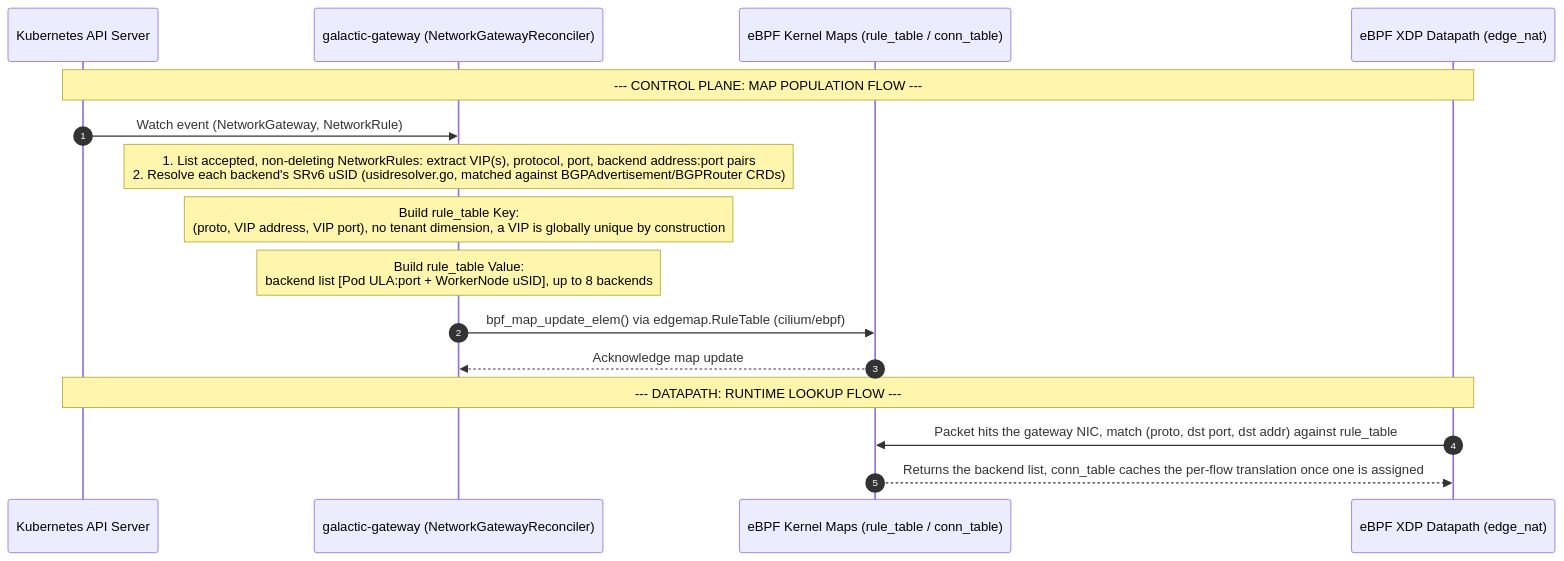
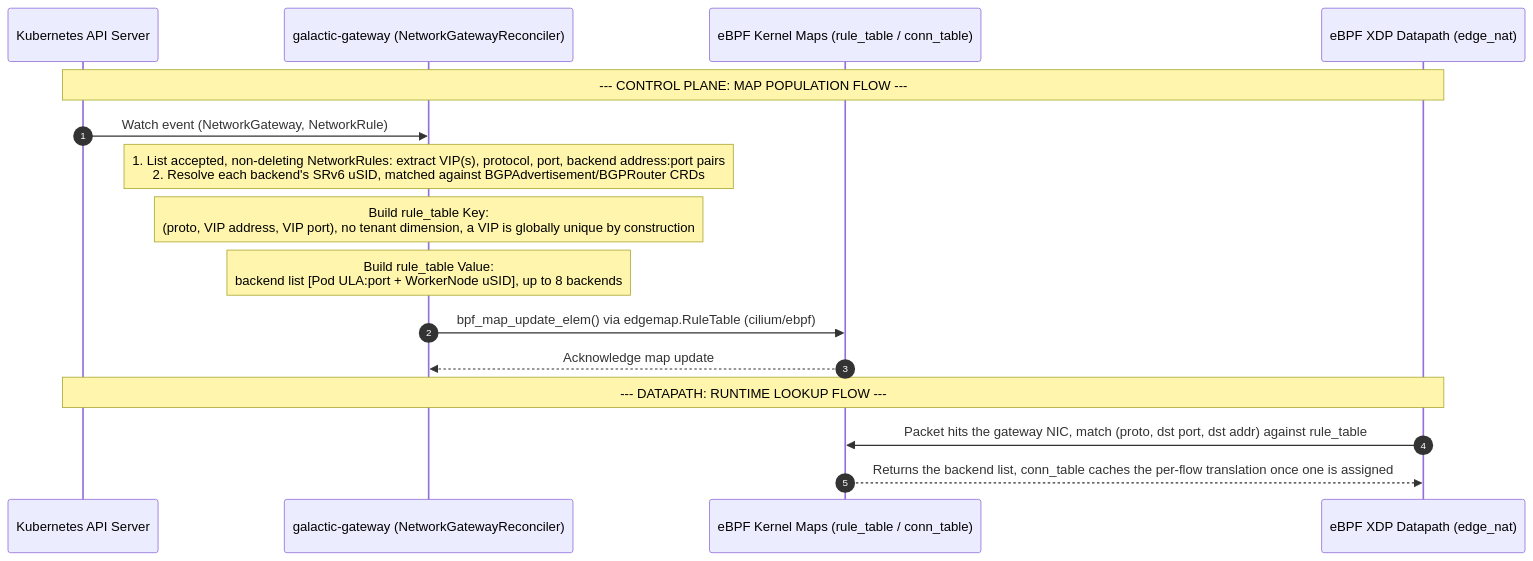
The second of 2 diagrams in docs/gateway/gateway-ingress-packet-trace.md (datum-cloud/galactic), drawn with Mermaid before and after one commit. The commit also changed other lines of this file and 7 other files, not shown here.

First line of the commit message:
docs: Address gateway architecture diagram review feedback

````diff
--- a/docs/gateway/gateway-ingress-packet-trace.md
+++ b/docs/gateway/gateway-ingress-packet-trace.md
@@ -76,20 +73,20 @@
 ```mermaid
 sequenceDiagram
     autonumber
     participant K8s as Kubernetes API Server
     participant Op as galactic-gateway (NetworkGatewayReconciler)
     participant Map as eBPF Kernel Maps (rule_table / conn_table)
     participant XDP as eBPF XDP Datapath (edge_nat)
 
     Note over K8s, XDP: --- CONTROL PLANE: MAP POPULATION FLOW ---
     K8s->>Op: Watch event (NetworkGateway, NetworkRule)
-    Note over Op: 1. List accepted, non-deleting NetworkRules: extract VIP(s), protocol, port, backend address:port pairs<br/>2. Resolve each backend's SRv6 uSID (usidresolver.go, matched against BGPAdvertisement/BGPRouter CRDs)
+    Note over Op: 1. List accepted, non-deleting NetworkRules: extract VIP(s), protocol, port, backend address:port pairs<br/>2. Resolve each backend's SRv6 uSID, matched against BGPAdvertisement/BGPRouter CRDs
     Note over Op: Build rule_table Key:<br/>(proto, VIP address, VIP port), no tenant dimension, a VIP is globally unique by construction
     Note over Op: Build rule_table Value:<br/>backend list [Pod ULA:port + WorkerNode uSID], up to 8 backends
     Op->>Map: bpf_map_update_elem() via edgemap.RuleTable (cilium/ebpf)
     Map-->>Op: Acknowledge map update
 
     Note over K8s, XDP: --- DATAPATH: RUNTIME LOOKUP FLOW ---
     XDP->>Map: Packet hits the gateway NIC, match (proto, dst port, dst addr) against rule_table
     Map-->>XDP: Returns the backend list, conn_table caches the per-flow translation once one is assigned
 ```
````
